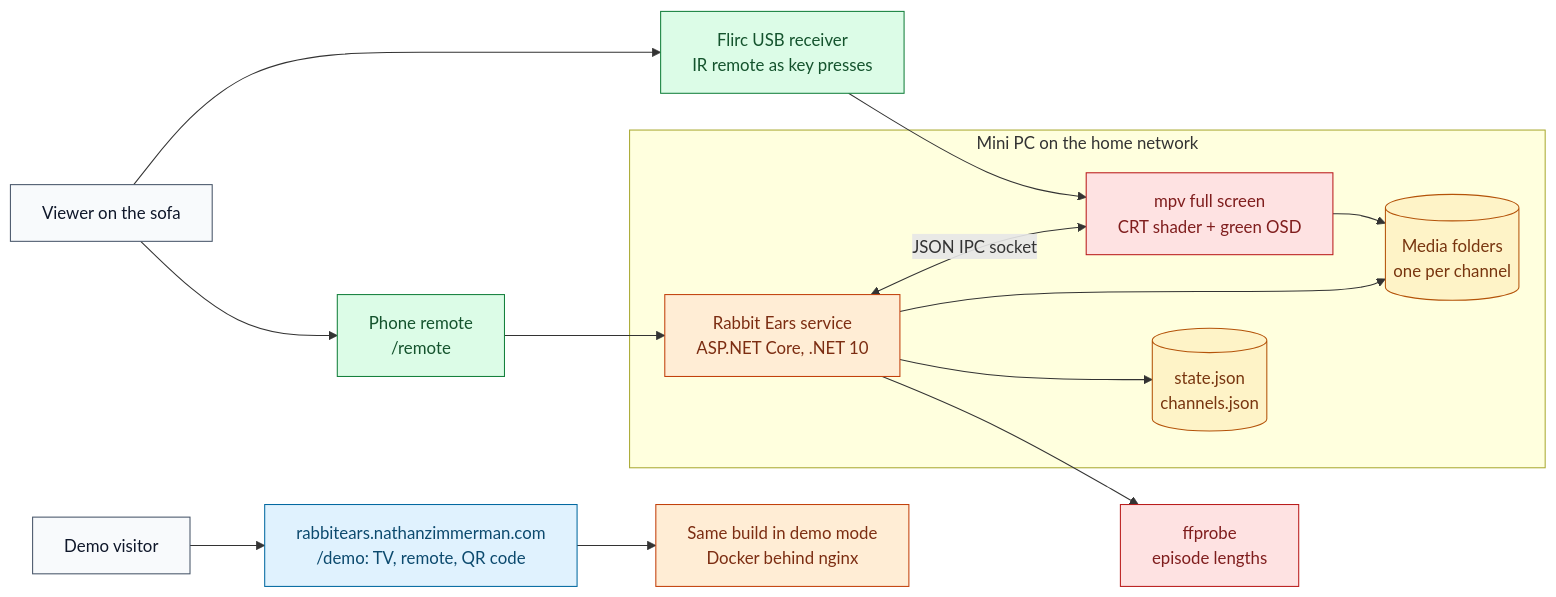
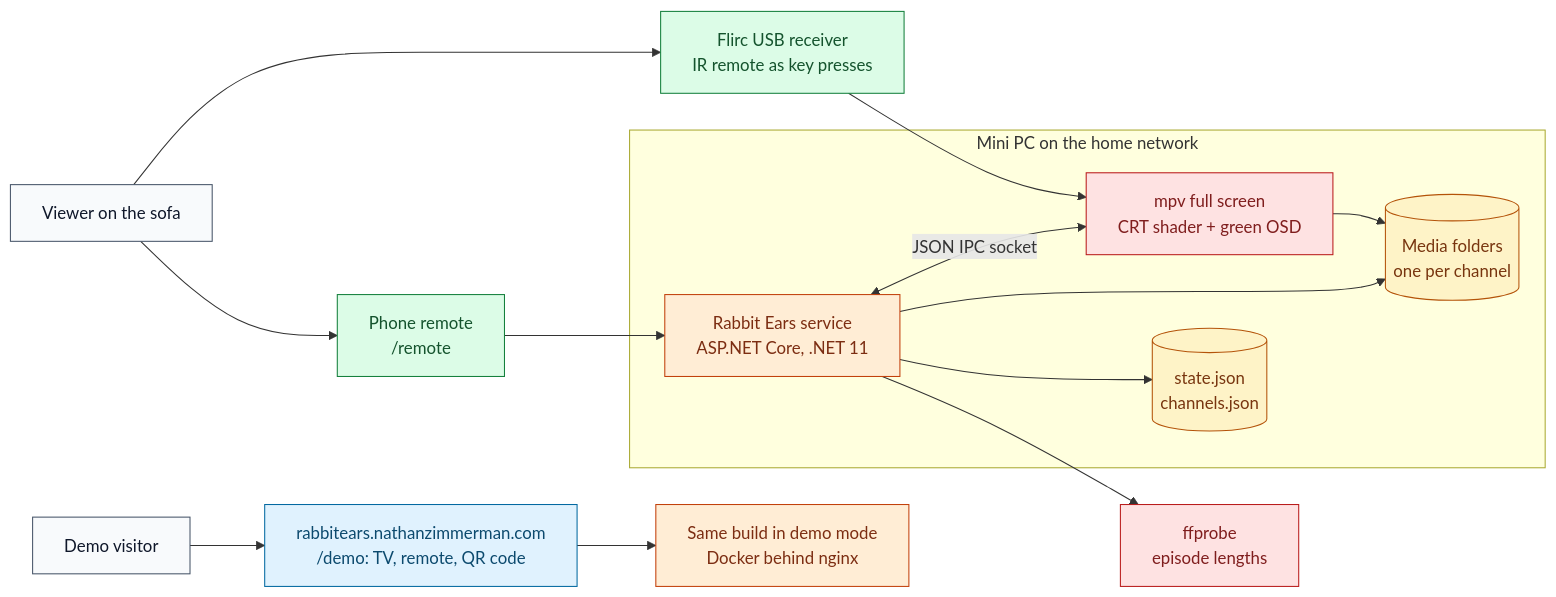
One commit to natezimm/rabbit-ears changed the first of 5 diagrams in docs/architecture.md. Above: the diagram before and after it, drawn with Mermaid. The commit also changed 11 other files, not shown here.

Commit message:
Upgrade Rabbit Ears to .NET 11 and Node 26

````diff
--- a/docs/architecture.md
+++ b/docs/architecture.md
@@ -18,36 +18,36 @@
 ```mermaid
 flowchart LR
   Viewer["Viewer on the sofa"] --> Flirc["Flirc USB receiver<br/>IR remote as key presses"]
   Viewer --> Phone["Phone remote<br/>/remote"]
   Flirc --> Screen
   Phone --> Box
 
   subgraph Home["Mini PC on the home network"]
-    Box["Rabbit Ears service<br/>ASP.NET Core, .NET 10"]
+    Box["Rabbit Ears service<br/>ASP.NET Core, .NET 11"]
     Screen["mpv full screen<br/>CRT shader + green OSD"]
     Media[("Media folders<br/>one per channel")]
     State[("state.json<br/>channels.json")]
     Box <-->|"JSON IPC socket"| Screen
     Box --> Media
     Box --> State
     Screen --> Media
   end
 
   Box --> Ffprobe["ffprobe<br/>episode lengths"]
 
   Visitor["Demo visitor"] --> Demo["rabbitears.nathanzimmerman.com<br/>/demo: TV, remote, QR code"]
   Demo --> Container["Same build in demo mode<br/>Docker behind nginx"]
 
   classDef user fill:#f8fafc,stroke:#475569,color:#0f172a
   classDef site fill:#e0f2fe,stroke:#0369a1,color:#0c4a6e
   classDef server fill:#ffedd5,stroke:#c2410c,color:#7c2d12
   classDef client fill:#dcfce7,stroke:#15803d,color:#14532d
   classDef data fill:#fef3c7,stroke:#b45309,color:#78350f
   classDef external fill:#fee2e2,stroke:#b91c1c,color:#7f1d1d
   class Viewer,Visitor user
   class Demo site
   class Box,Container server
   class Phone,Flirc client
   class Media,State data
   class Screen,Ffprobe external
 ```
````
